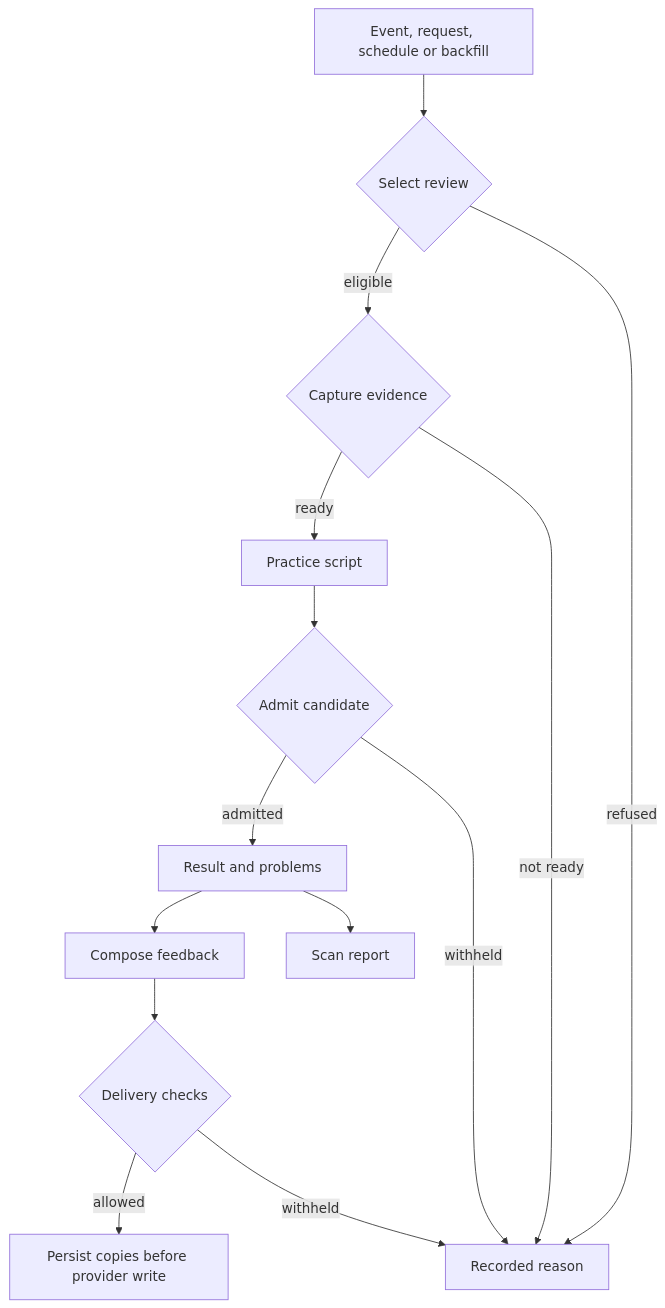
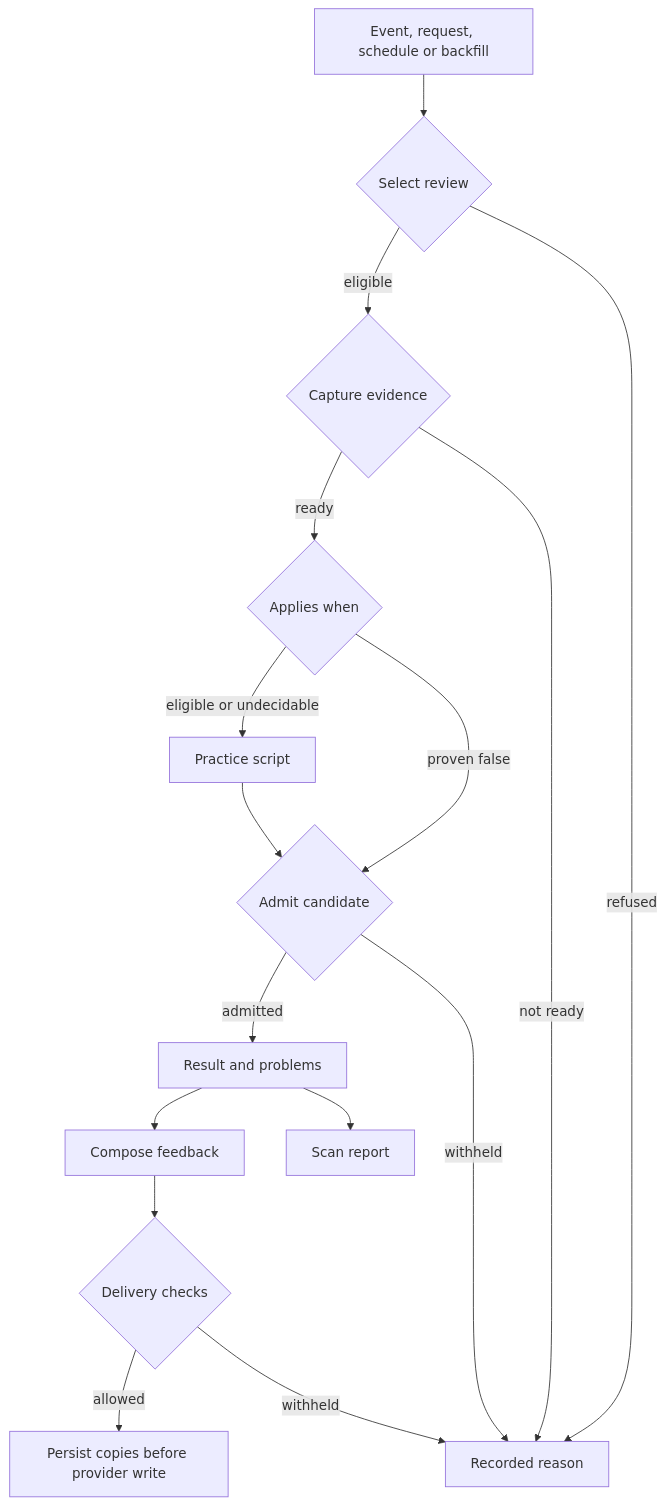
Before and after one commit to ls1intum/Hephaestus: the diagram in docs/contributor/practice-review-pipeline.mdx, drawn with Mermaid. The commit also changed other lines of this file and 71 other files, not shown here.

````diff
--- a/docs/contributor/practice-review-pipeline.mdx
+++ b/docs/contributor/practice-review-pipeline.mdx
@@ -15,18 +15,20 @@
 ```mermaid
 flowchart TD
   accTitle: Practice review and feedback
   accDescr: Selection and capture permit result admission. Admitted results can support feedback or a scan report.
   E[Event, request, schedule or backfill] --> S{Select review}
   S -->|eligible| C{Capture evidence}
   S -->|refused| W[Recorded reason]
-  C -->|ready| P[Practice script]
+  C -->|ready| Q{Applies when}
+  Q -->|eligible or undecidable| P[Practice script]
+  Q -->|proven false| A
   C -->|not ready| W
   P --> A{Admit candidate}
   A -->|withheld| W
   A -->|admitted| R[Result and problems]
   R --> F[Compose feedback]
   F --> D{Delivery checks}
   D -->|allowed| CP[Persist copies before provider write]
   D -->|withheld| W
   R --> SR[Scan report]
 ```
````
